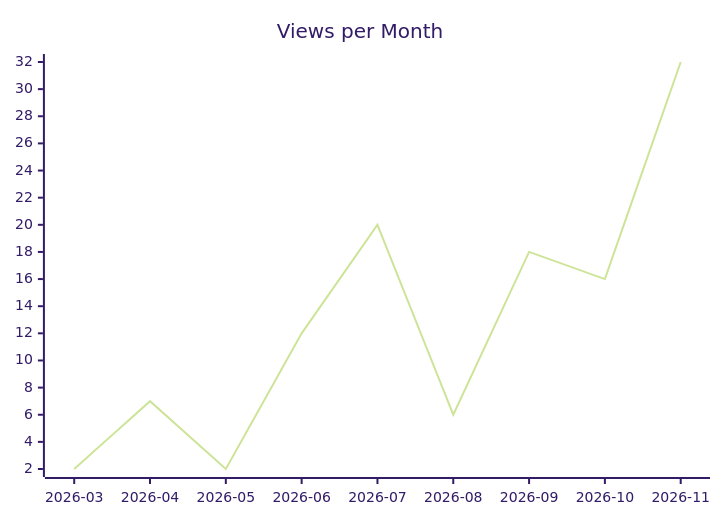
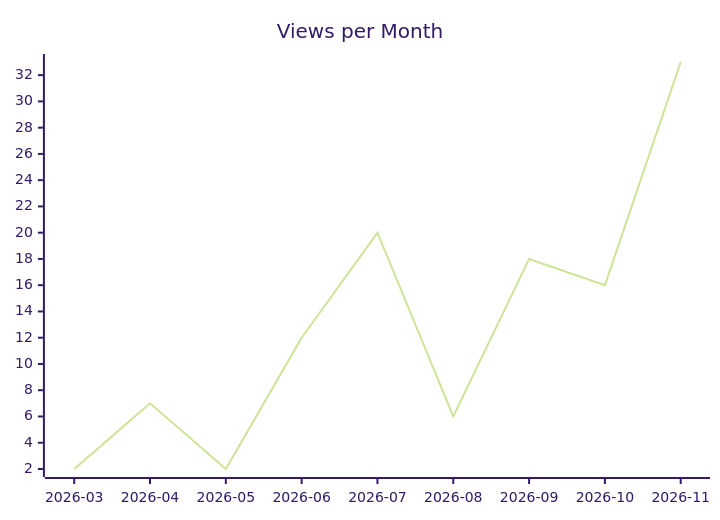
Before and after one commit to justdavis-family/github-analytics-data: the second of 3 diagrams in karlmdavis/fhir-benchmarks/README.md, drawn with Mermaid (forest theme). The commit also changed other lines of this file and 194 other files, not shown here.

````diff
--- a/karlmdavis/fhir-benchmarks/README.md
+++ b/karlmdavis/fhir-benchmarks/README.md
@@ -12,6 +12,6 @@
 ```mermaid
 xychart-beta
   title "Views per Month"
   x-axis ["2026-03", "2026-04", "2026-05", "2026-06", "2026-07", "2026-08", "2026-09", "2026-10", "2026-11"]
-  line [2, 7, 2, 12, 20, 6, 18, 16, 32]
+  line [2, 7, 2, 12, 20, 6, 18, 16, 33]
 ```
````
